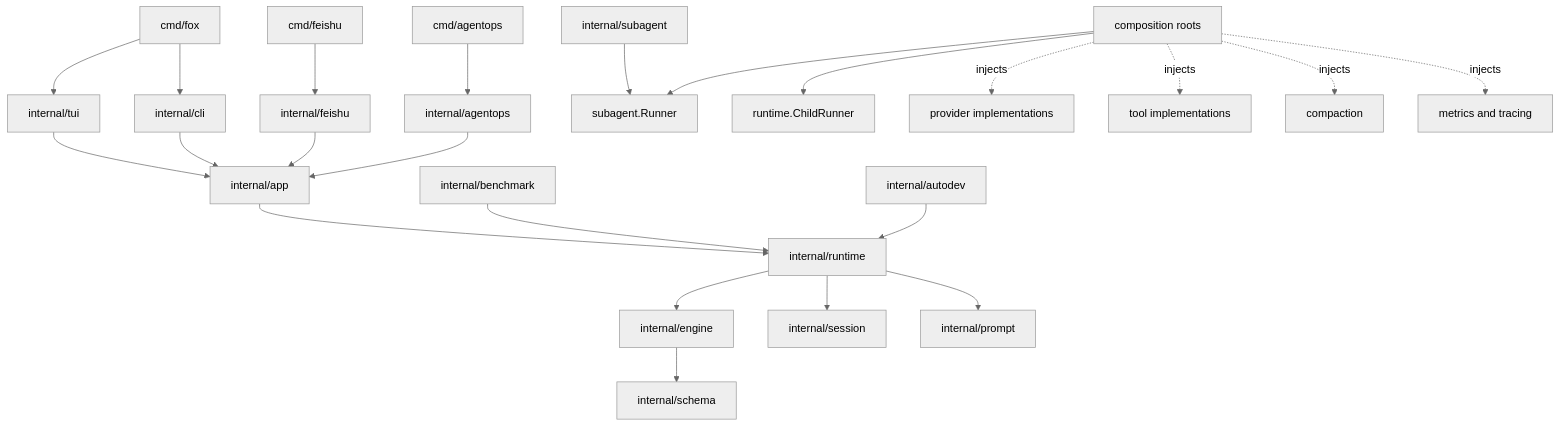
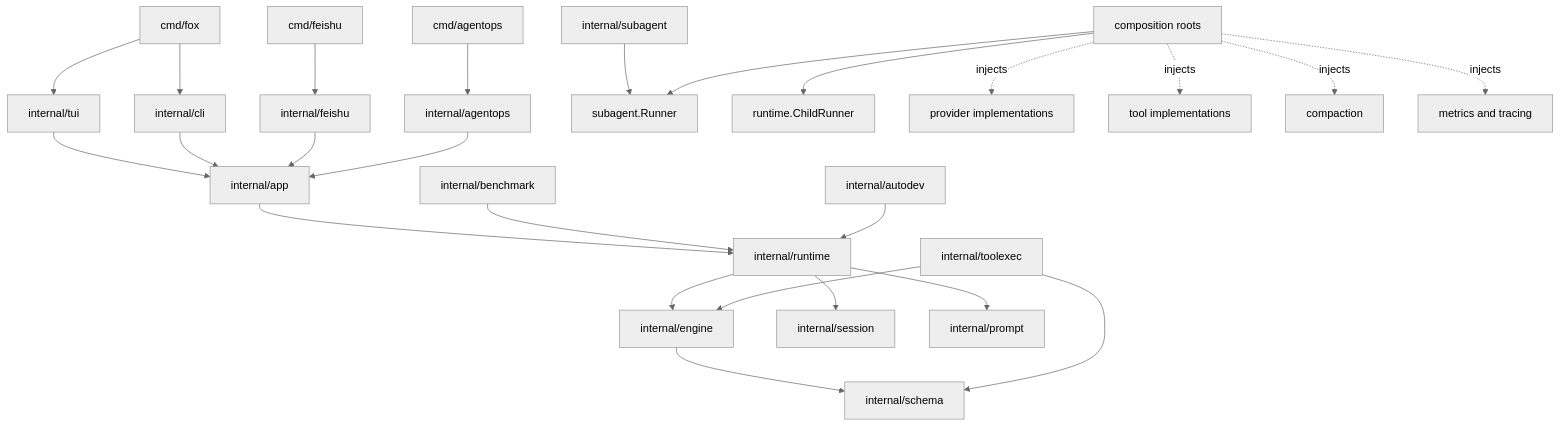
Before and after one commit to Zts0hg/foxharness: the first of 3 diagrams in docs/package-dependencies.md, drawn with Mermaid (neutral theme). The commit also changed other lines of this file and 6 other files, not shown here.

````diff
--- a/docs/package-dependencies.md
+++ b/docs/package-dependencies.md
@@ -7,30 +7,33 @@
 ```mermaid
 flowchart TD
     FOX[cmd/fox] --> TUI[internal/tui]
     FOX --> CLI[internal/cli]
     FEICMD[cmd/feishu] --> FEI[internal/feishu]
     AOPCMD[cmd/agentops] --> AOP[internal/agentops]
 
     TUI --> APP[internal/app]
     CLI --> APP
     FEI --> APP
     AOP --> APP
     APP --> RUNTIME[internal/runtime]
 
     BEN[internal/benchmark] --> RUNTIME
     AUT[internal/autodev] --> RUNTIME
 
     SUB[internal/subagent] --> RUNNER[subagent.Runner]
     WIRE[composition roots] --> RUNNER
     WIRE --> CHILD[runtime.ChildRunner]
 
     RUNTIME --> ENGINE[internal/engine]
     RUNTIME --> SESSION[internal/session]
     RUNTIME --> PROMPT[internal/prompt]
     ENGINE --> SCHEMA[internal/schema]
 
+    TOOLEXEC[internal/toolexec] --> ENGINE
+	TOOLEXEC --> SCHEMA
+
     WIRE -. injects .-> PROVIDER[provider implementations]
     WIRE -. injects .-> TOOLS[tool implementations]
     WIRE -. injects .-> COMPACTION[compaction]
     WIRE -. injects .-> TELEMETRY[metrics and tracing]
 ```
````
